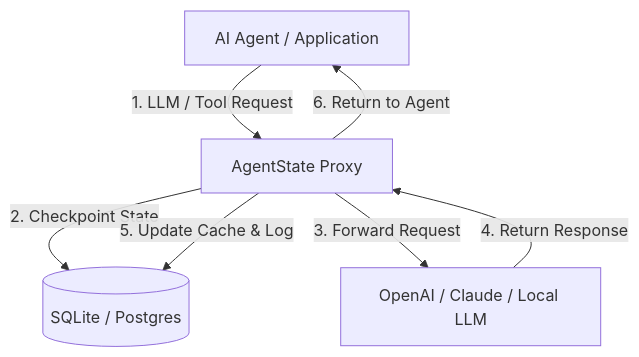
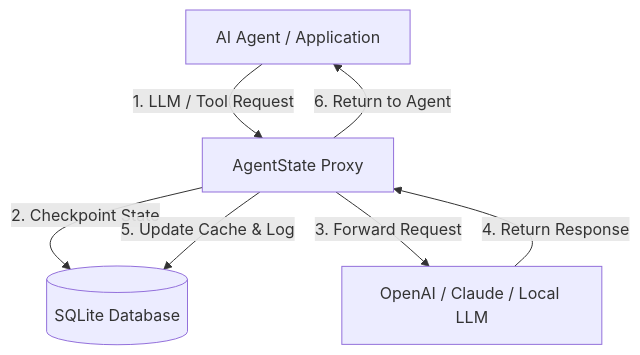
Before and after one commit to aleenz1102/AgentState: the diagram in README.md, drawn with Mermaid. The commit also changed other lines of this file and 1 other file, not shown here.

````diff
--- a/README.md
+++ b/README.md
@@ -61,9 +97,9 @@
 ```mermaid
 graph TD
     A[AI Agent / Application] -->|1. LLM / Tool Request| B[AgentState Proxy]
-    B -->|2. Checkpoint State| C[(SQLite / Postgres)]
+    B -->|2. Checkpoint State| C[(SQLite Database)]
     B -->|3. Forward Request| D[OpenAI / Claude / Local LLM]
     D -->|4. Return Response| B
     B -->|5. Update Cache & Log| C
     B -->|6. Return to Agent| A
 ```
````
